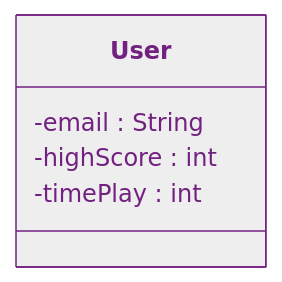
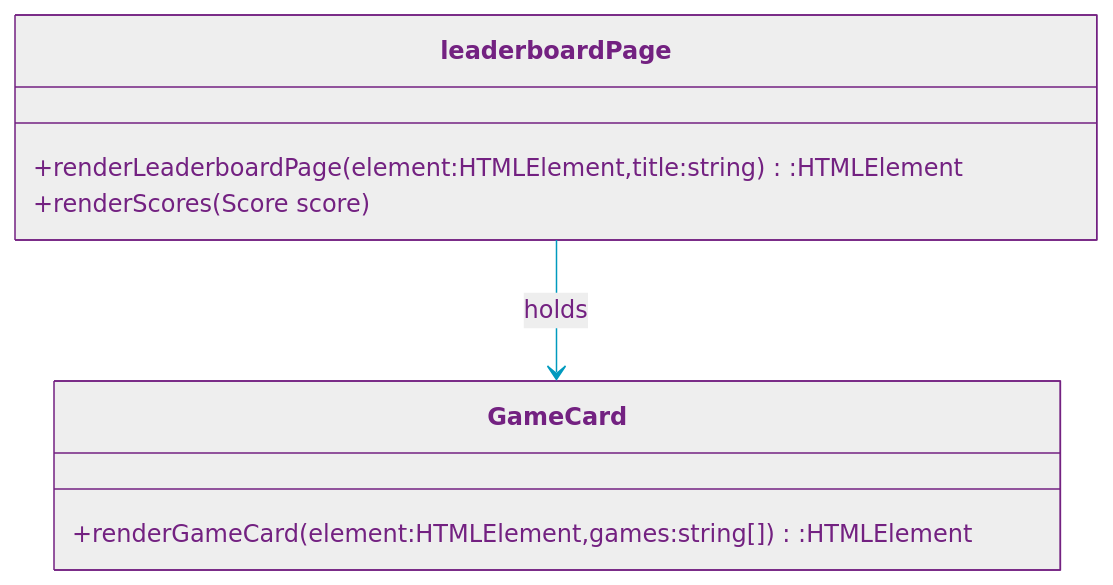
The diagram in uml/leaderboards/icd.md (null-0ne/COSA-195-Gamehub), drawn with Mermaid before and after one commit. The commit also changed 3 other files, not shown here.

Commit message:
ICD, ERD, SEQ created Dustin / Preston

````diff
--- a/uml/leaderboards/icd.md
+++ b/uml/leaderboards/icd.md
@@ -1,20 +1,23 @@
 ```mermaid
 %%{init:{"securityLevel":"loose","layout":"elk","elk":{"nodePlacementStrategy":"NETWORK_SIMPLEX"},"theme":"base",
 "themeVariables":{"primaryColor":"#EEE","primaryTextColor":"#732181","primaryBorderColor":"#732181","lineColor":"#009ABE","noteBorderColor":"#732181","noteBkgColor":"#F38A00","activationBkgColor":"#F38A00"    }
 }}%%
 %%----------------------- MERMAID MARKUP BELOW --------------------%%
 classDiagram
 %%  direction LR
 
-    class User{
-        -email : String
-        -highScore : int
-        -timePlay : int
+    
+    class leaderboardPage{
+        +renderLeaderboardPage(element:HTMLElement,title:string):HTMLElement
+        +renderScores(Score score)
     }
-    
+    class GameCard {
+        +renderGameCard(element:HTMLElement,games:string[]):HTMLElement
+    }
 
     %% Relationships
+    leaderboardPage --> GameCard : holds
 
 
-%%----------------------- MERMAID MARKUP ABOVE --------------------%%    
+%%----------------------- MERMAID MARKUP ABOVE --------------------%%
 ```
````
